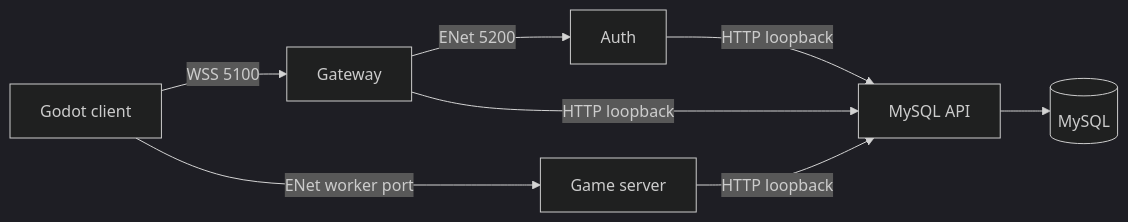
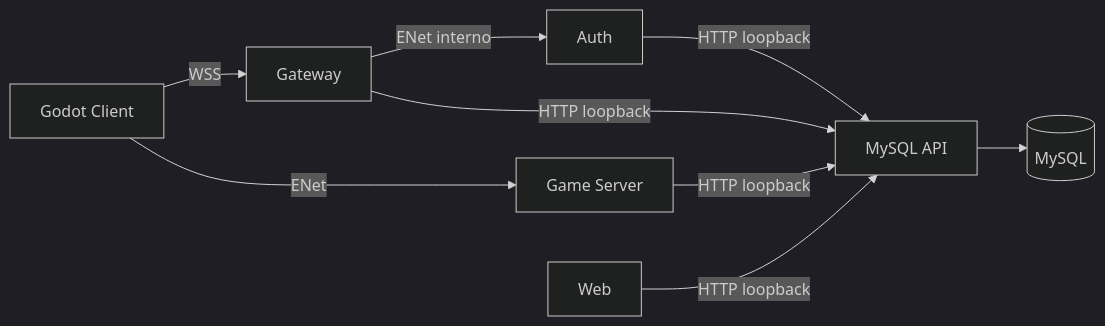
One commit to DatamoonWorld/datamoon-online-agent changed the first of 2 diagrams in ai/SERVER_ARCHITECTURE.md. Above: the diagram before and after it, drawn with Mermaid (dark theme). The commit also changed other lines of this file and 28 other files, not shown here.

````diff
--- a/ai/SERVER_ARCHITECTURE.md
+++ b/ai/SERVER_ARCHITECTURE.md
@@ -207,10 +5,11 @@
 ```mermaid
 flowchart LR
-    C[Godot client] -->|WSS 5100| G[Gateway]
-    G -->|ENet 5200| A[Auth]
+    C[Godot Client] -->|WSS| G[Gateway]
+    G -->|ENet interno| A[Auth]
     A -->|HTTP loopback| API[MySQL API]
     G -->|HTTP loopback| API
-    C -->|ENet worker port| S[Game server]
+    C -->|ENet| S[Game Server]
     S -->|HTTP loopback| API
+    W[Web] -->|HTTP loopback| API
     API --> DB[(MySQL)]
 ```
````
